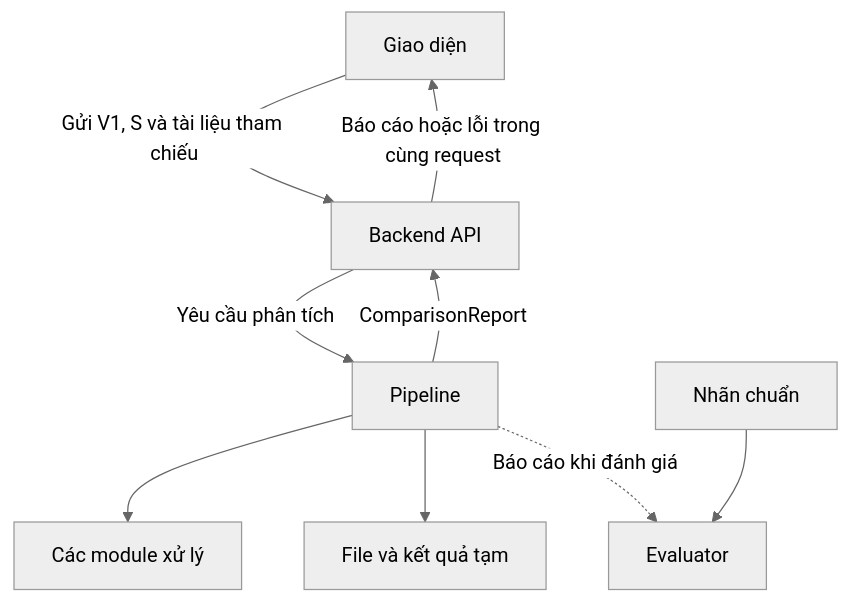
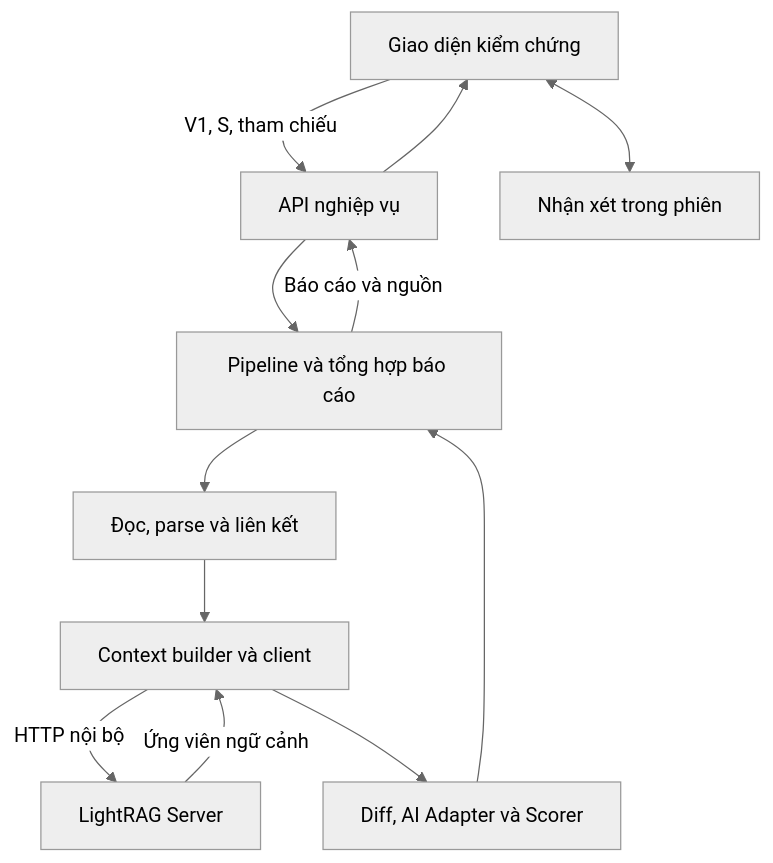
One commit to Lyra1603/group4_legal_document_change_detection changed the diagram in docs/architecture.md. Above: the diagram before and after it, drawn with Mermaid (neutral theme). The commit also changed other lines of this file and 28 other files, not shown here.

````diff
--- a/docs/architecture.md
+++ b/docs/architecture.md
@@ -72,11 +36,14 @@
 ```mermaid
 flowchart TD
-    UI["Giao diện"] -->|"Gửi V1, S và tài liệu tham chiếu"| API["Backend API"]
-    API -->|"Yêu cầu phân tích"| PIPE["Pipeline"]
-    PIPE -->|"ComparisonReport"| API
-    API -->|"Báo cáo hoặc lỗi trong cùng request"| UI
-    PIPE --> CORE["Các module xử lý"]
-    PIPE --> TEMP["File và kết quả tạm"]
-    GOLD["Nhãn chuẩn"] --> EVAL["Evaluator"]
-    PIPE -.->|"Báo cáo khi đánh giá"| EVAL
+    UI["Giao diện kiểm chứng"] -->|"V1, S, tham chiếu"| API["API nghiệp vụ"]
+    API --> P["Pipeline và tổng hợp báo cáo"]
+    P --> DOC["Đọc, parse và liên kết"]
+    DOC --> CTX["Context builder và client"]
+    CTX -->|"HTTP nội bộ"| RAG["LightRAG Server"]
+    RAG -->|"Ứng viên ngữ cảnh"| CTX
+    CTX --> AI["Diff, AI Adapter và Scorer"]
+    AI --> P
+    P -->|"Báo cáo và nguồn"| API
+    API --> UI
+    UI <--> SESSION["Nhận xét trong phiên"]
 ```
````
